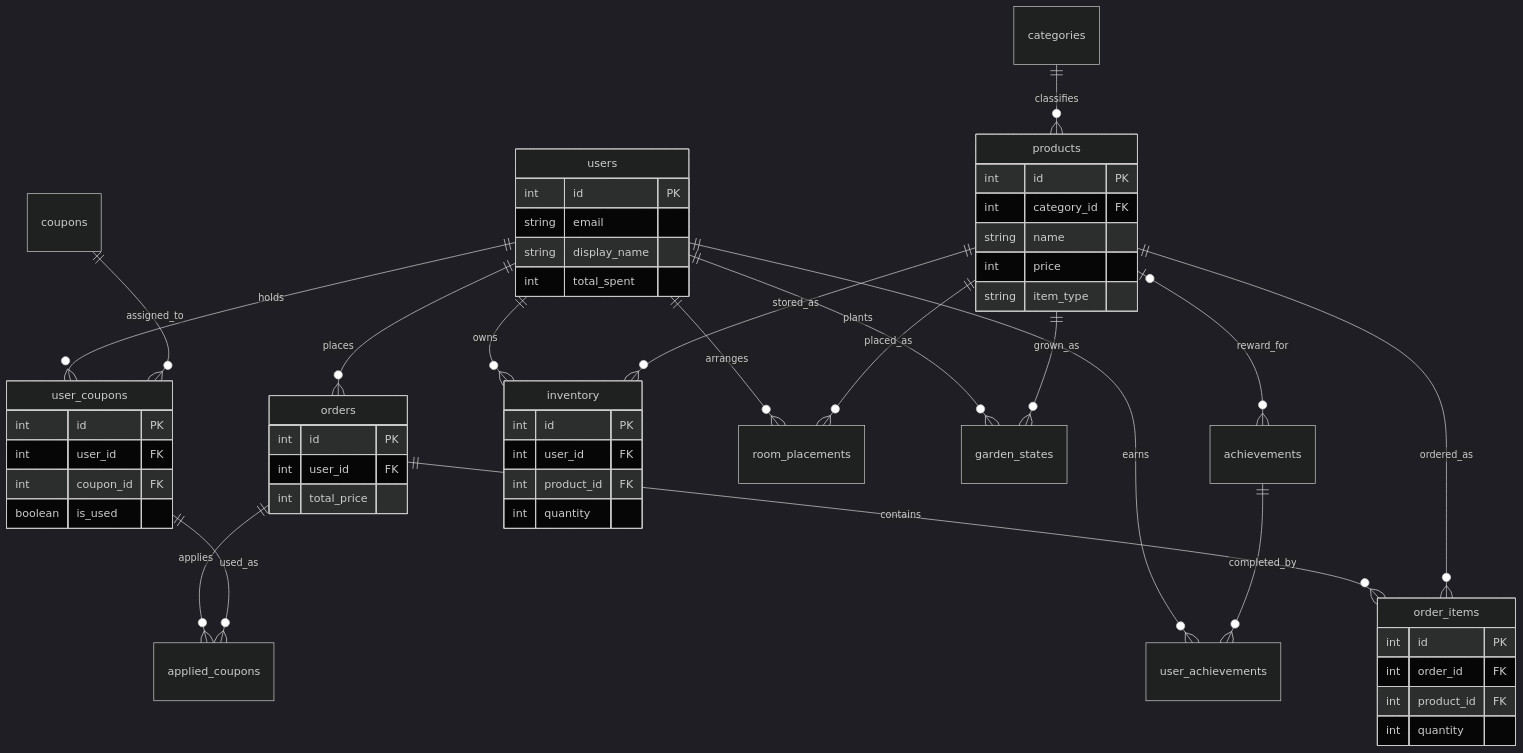
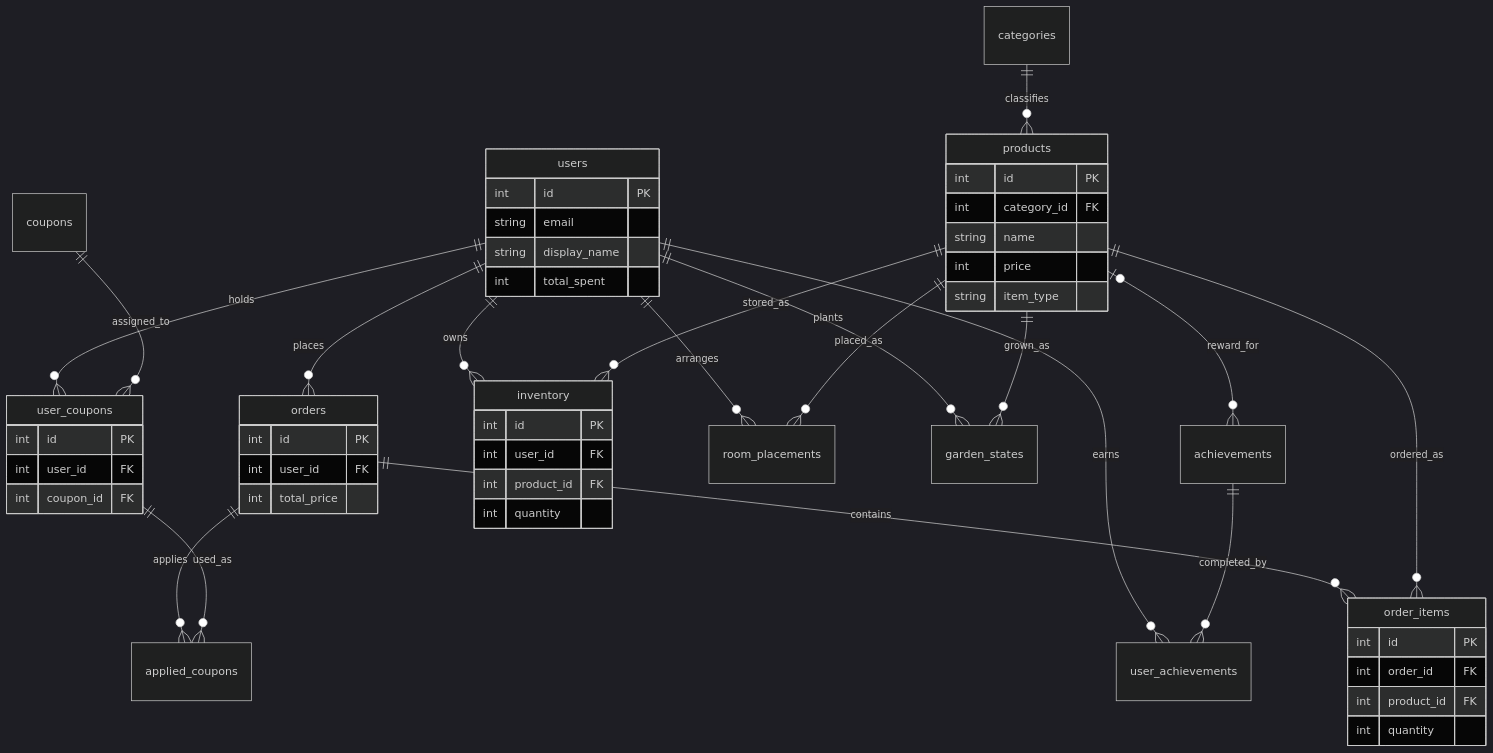
Before and after one commit to osumo/Kotan: the diagram in memo/ER図.md, drawn with Mermaid (dark theme). The commit also changed other lines of this file and 2 other files, not shown here.

````diff
--- a/memo/ER図.md
+++ b/memo/ER図.md
@@ -10,64 +10,63 @@
 ```mermaid
 erDiagram
     users ||--o{ orders : "places"
     users ||--o{ user_coupons : "holds"
     users ||--o{ inventory : "owns"
     users ||--o{ room_placements : "arranges"
     users ||--o{ garden_states : "plants"
     users ||--o{ user_achievements : "earns"
     coupons ||--o{ user_coupons : "assigned_to"
     orders ||--o{ order_items : "contains"
     orders ||--o{ applied_coupons : "applies"
     user_coupons ||--o{ applied_coupons : "used_as"
 
     products ||--o{ order_items : "ordered_as"
     products ||--o{ inventory : "stored_as"
     products ||--o{ room_placements : "placed_as"
     products ||--o{ garden_states : "grown_as"
     products |o--o{ achievements : "reward_for"
 
     categories ||--o{ products : "classifies"
     achievements ||--o{ user_achievements : "completed_by"
 
     users {
         int id PK
         string email
         string display_name
         int total_spent
     }
 
     products {
         int id PK
         int category_id FK
         string name
         int price
         string item_type
     }
 
     orders {
         int id PK
         int user_id FK
         int total_price
     }
 
     inventory {
         int id PK
         int user_id FK
         int product_id FK
         int quantity
     }
 
     user_coupons {
         int id PK
         int user_id FK
         int coupon_id FK
-        boolean is_used
     }
 
     order_items {
         int id PK
         int order_id FK
         int product_id FK
         int quantity
     }
 ```
````
